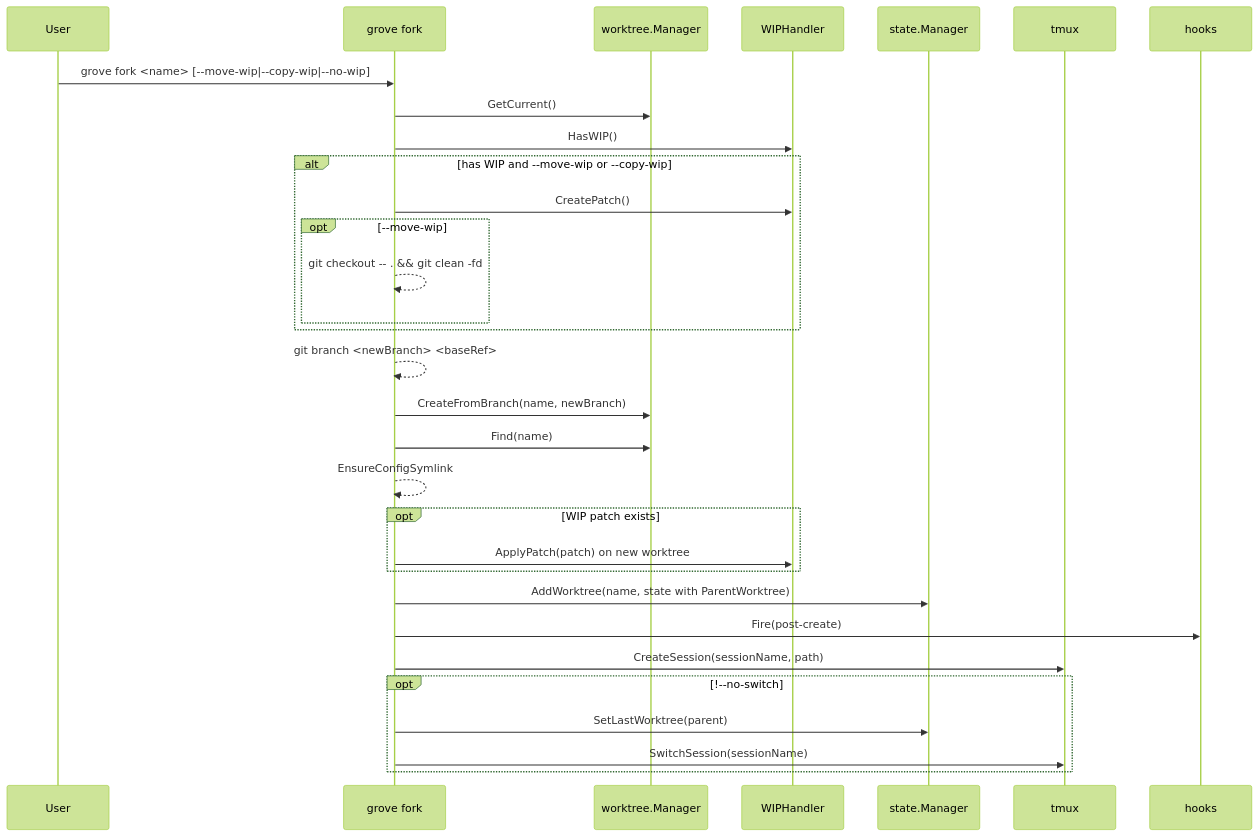
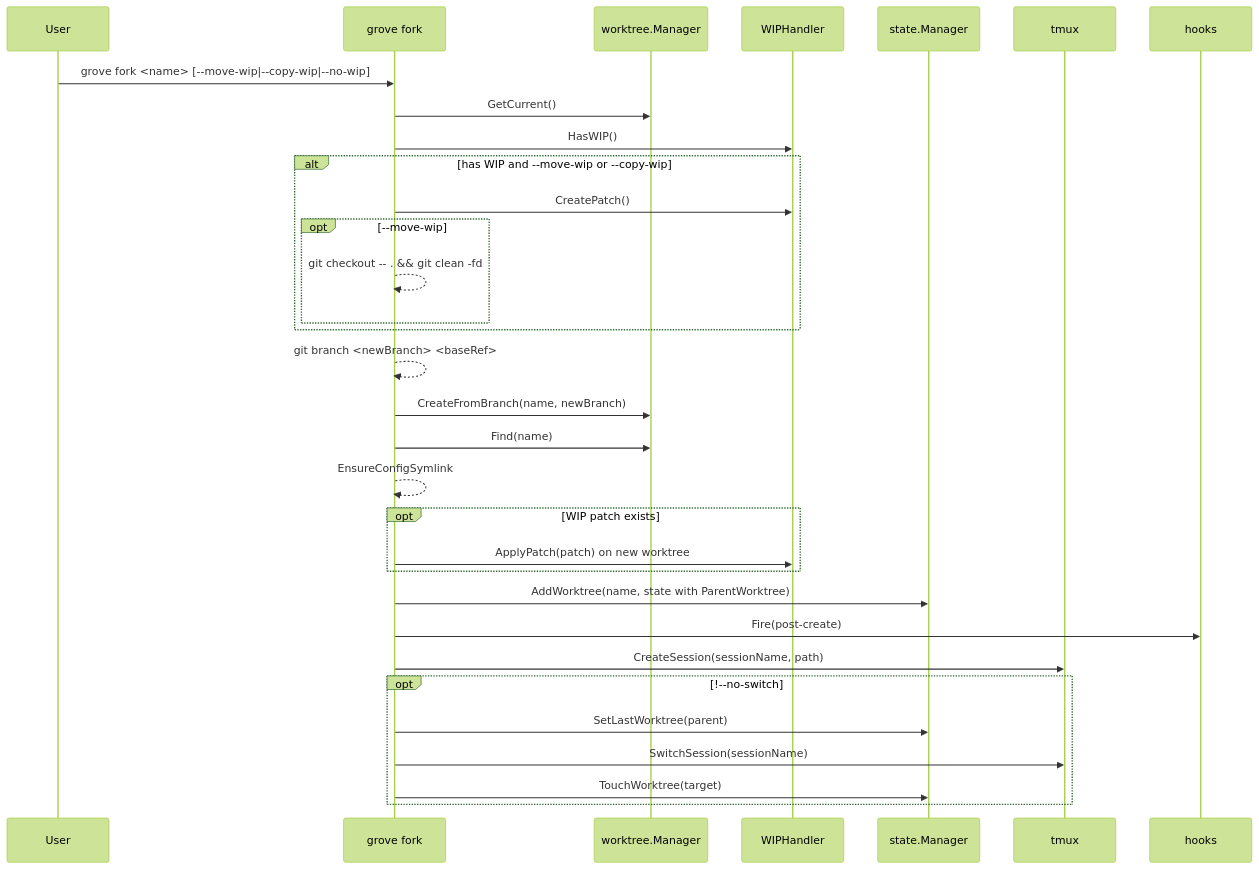
The seventh of 7 diagrams in docs/DATA_FLOWS.md (LeahArmstrong/grove-cli), drawn with Mermaid (forest theme) before and after one commit. The commit also changed other lines of this file and 18 other files, not shown here.

````diff
--- a/docs/DATA_FLOWS.md
+++ b/docs/DATA_FLOWS.md
@@ -382,34 +380,35 @@
 ```mermaid
 sequenceDiagram
     participant U as User
     participant F as grove fork
     participant W as worktree.Manager
     participant WIP as WIPHandler
     participant S as state.Manager
     participant TM as tmux
     participant H as hooks
 
     U->>F: grove fork <name> [--move-wip|--copy-wip|--no-wip]
     F->>W: GetCurrent()
     F->>WIP: HasWIP()
     alt has WIP and --move-wip or --copy-wip
         F->>WIP: CreatePatch()
         opt --move-wip
             F-->>F: git checkout -- . && git clean -fd
         end
     end
     F-->>F: git branch <newBranch> <baseRef>
     F->>W: CreateFromBranch(name, newBranch)
     F->>W: Find(name)
     F-->>F: EnsureConfigSymlink
     opt WIP patch exists
         F->>WIP: ApplyPatch(patch) on new worktree
     end
     F->>S: AddWorktree(name, state with ParentWorktree)
     F->>H: Fire(post-create)
     F->>TM: CreateSession(sessionName, path)
     opt !--no-switch
         F->>S: SetLastWorktree(parent)
         F->>TM: SwitchSession(sessionName)
+        F->>S: TouchWorktree(target)
     end
 ```
````
